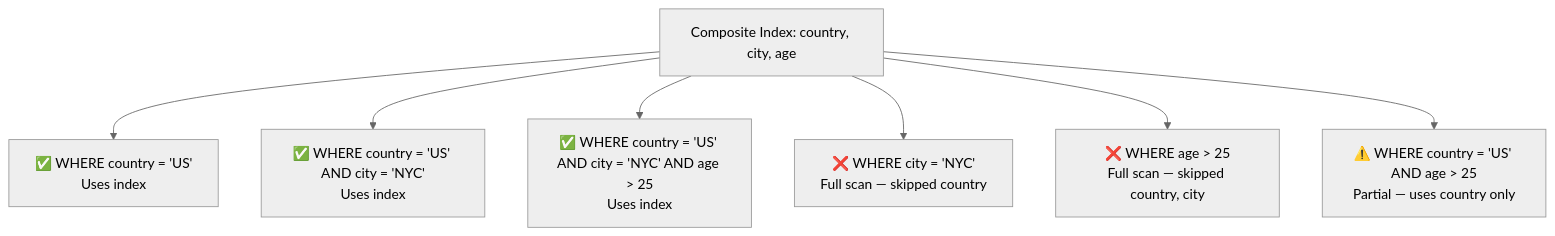
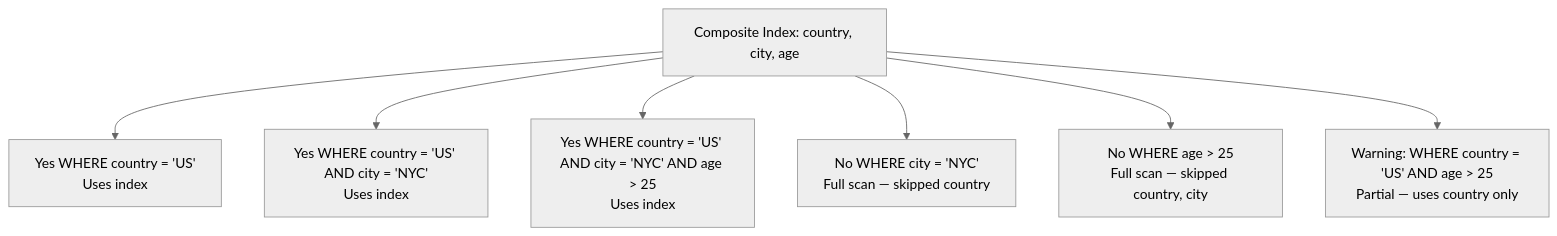
Before and after one commit to billywr/system-design: diagram 35 of 41 in 08-fundamentals/23-scaling-cap-caching-load-balancing-sharding-indexing.md, drawn with Mermaid (neutral theme). The commit also changed other lines of this file and 39 other files, not shown here.

````diff
--- a/08-fundamentals/23-scaling-cap-caching-load-balancing-sharding-indexing.md
+++ b/08-fundamentals/23-scaling-cap-caching-load-balancing-sharding-indexing.md
@@ -1154,11 +1154,11 @@
 ```mermaid
 graph TB
     IDX[Composite Index: country, city, age]
 
-    IDX --> Q1["✅ WHERE country = 'US'<br/>Uses index"]
-    IDX --> Q2["✅ WHERE country = 'US' AND city = 'NYC'<br/>Uses index"]
-    IDX --> Q3["✅ WHERE country = 'US' AND city = 'NYC' AND age > 25<br/>Uses index"]
-    IDX --> Q4["❌ WHERE city = 'NYC'<br/>Full scan — skipped country"]
-    IDX --> Q5["❌ WHERE age > 25<br/>Full scan — skipped country, city"]
-    IDX --> Q6["⚠️ WHERE country = 'US' AND age > 25<br/>Partial — uses country only"]
+    IDX --> Q1["Yes WHERE country = 'US'<br/>Uses index"]
+    IDX --> Q2["Yes WHERE country = 'US' AND city = 'NYC'<br/>Uses index"]
+    IDX --> Q3["Yes WHERE country = 'US' AND city = 'NYC' AND age > 25<br/>Uses index"]
+    IDX --> Q4["No WHERE city = 'NYC'<br/>Full scan — skipped country"]
+    IDX --> Q5["No WHERE age > 25<br/>Full scan — skipped country, city"]
+    IDX --> Q6["Warning: WHERE country = 'US' AND age > 25<br/>Partial — uses country only"]
 ```
````
